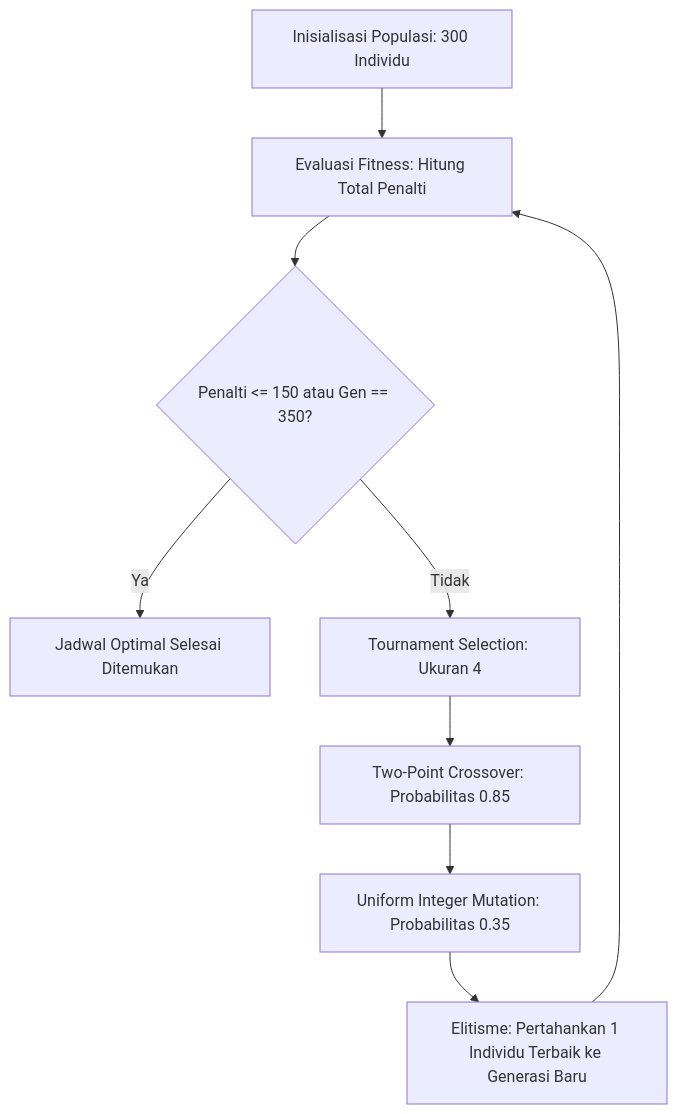
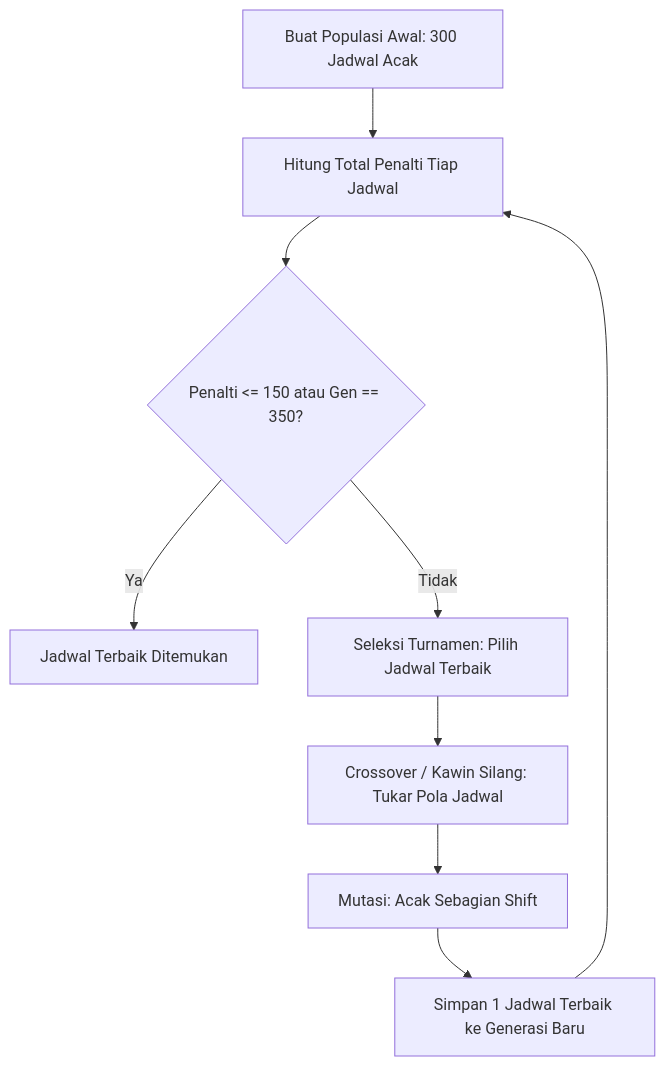
Before and after one commit to fian46/tugas-GA: the diagram in README.md, drawn with Mermaid. The commit also changed other lines of this file, not shown here.

````diff
--- a/README.md
+++ b/README.md
@@ -15,11 +15,11 @@
 ```mermaid
 flowchart TD
-    A[Inisialisasi Populasi: 300 Individu] --> B[Evaluasi Fitness: Hitung Total Penalti]
+    A[Buat Populasi Awal: 300 Jadwal Acak] --> B[Hitung Total Penalti Tiap Jadwal]
     B --> C{Penalti <= 150 atau Gen == 350?}
-    C -- Ya --> D[Jadwal Optimal Selesai Ditemukan]
-    C -- Tidak --> E[Tournament Selection: Ukuran 4]
-    E --> F[Two-Point Crossover: Probabilitas 0.85]
-    F --> G[Uniform Integer Mutation: Probabilitas 0.35]
-    G --> H[Elitisme: Pertahankan 1 Individu Terbaik ke Generasi Baru]
+    C -- Ya --> D[Jadwal Terbaik Ditemukan]
+    C -- Tidak --> E[Seleksi Turnamen: Pilih Jadwal Terbaik]
+    E --> F[Crossover / Kawin Silang: Tukar Pola Jadwal]
+    F --> G[Mutasi: Acak Sebagian Shift]
+    G --> H[Simpan 1 Jadwal Terbaik ke Generasi Baru]
     H --> B
 ```
````
